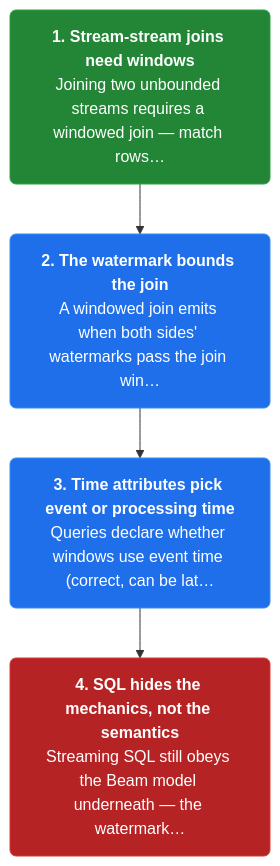
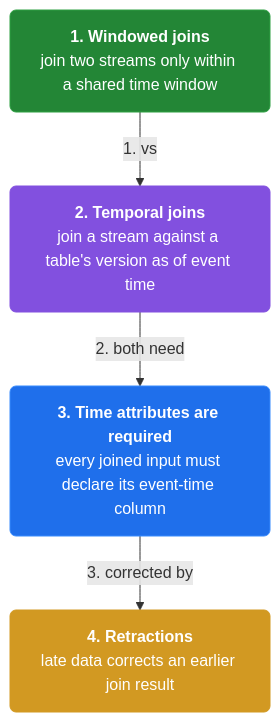
Before and after one commit to vinayakuber/streaming-systems-study-guide: the third of 19 diagrams in docs/ch08-streaming-sql.md, drawn with Mermaid. The commit also changed other lines of this file and 12 other files, not shown here.

First line of the commit message:
Author per-section and per-card mermaid diagrams (110 diagrams)

````diff
--- a/docs/ch08-streaming-sql.md
+++ b/docs/ch08-streaming-sql.md
@@ -91,13 +95,15 @@
 ```mermaid
 flowchart TD
-  classDef step fill:#1f6feb,color:#ffffff,stroke:#388bfd,stroke-width:1px,rx:6
+  classDef step fill:#1f6feb,color:#ffffff,stroke:#388bfd,rx:6
+  classDef core fill:#8250df,color:#ffffff,stroke:#8250df,rx:6
+  classDef warn fill:#d29922,color:#ffffff,stroke:#d29922,rx:6
   classDef start fill:#238636,color:#ffffff,stroke:#2ea043,rx:6
   classDef stop fill:#b62324,color:#ffffff,stroke:#da3633,rx:6
-  s2n0["<b>1. Stream-stream joins need windows</b><br/>Joining two unbounded streams requires a windowed join — match rows…"]:::start
-  s2n1["<b>2. The watermark bounds the join</b><br/>A windowed join emits when both sides' watermarks pass the join win…"]:::step
-  s2n2["<b>3. Time attributes pick event or processing time</b><br/>Queries declare whether windows use event time (correct, can be lat…"]:::step
-  s2n3["<b>4. SQL hides the mechanics, not the semantics</b><br/>Streaming SQL still obeys the Beam model underneath — the watermark…"]:::stop
-  s2n0 --> s2n1
-  s2n1 --> s2n2
-  s2n2 --> s2n3
+  n0["<b>1. Windowed joins</b><br/>join two streams only within a shared time window"]:::start
+  n1["<b>2. Temporal joins</b><br/>join a stream against a table's version as of event time"]:::core
+  n2["<b>3. Time attributes are required</b><br/>every joined input must declare its event-time column"]:::step
+  n3["<b>4. Retractions</b><br/>late data corrects an earlier join result"]:::warn
+  n0 -->|"1. vs"| n1
+  n1 -->|"2. both need"| n2
+  n2 -->|"3. corrected by"| n3
 ```
````
